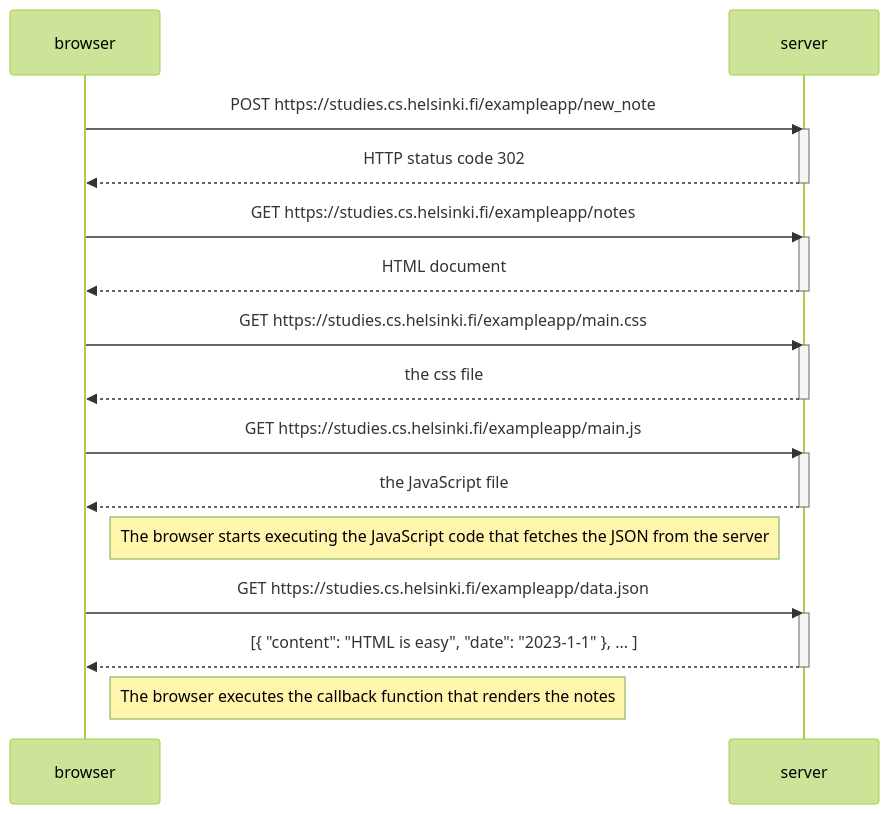
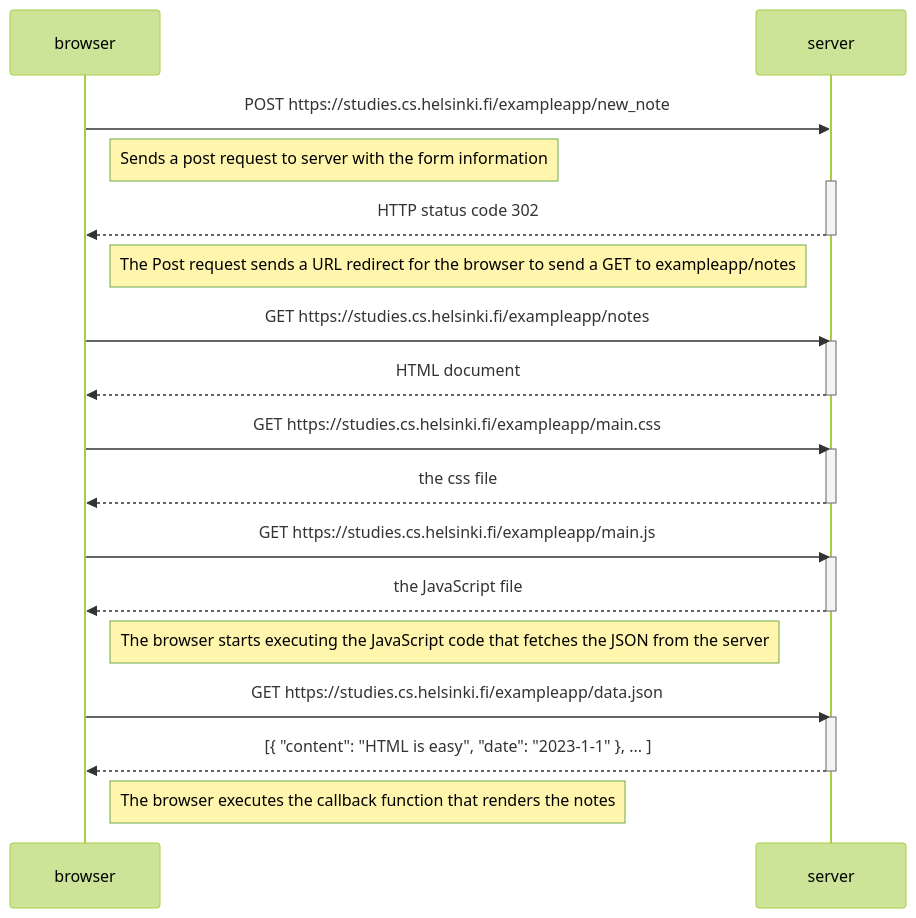
Before and after one commit to tarlor1/fso: the diagram in part0/04.md, drawn with Mermaid (forest theme).

````diff
--- a/part0/04.md
+++ b/part0/04.md
@@ -1,35 +1,38 @@
 ```mermaid
 sequenceDiagram
     participant browser
     participant server
 
     browser->>server: POST https://studies.cs.helsinki.fi/exampleapp/new_note
+    Note right of browser: Sends a post request to server with the form information
     activate server
     server-->>browser: HTTP status code 302
     deactivate server
+
+    Note left of server: The Post request sends a URL redirect for the browser to send a GET to exampleapp/notes
 
     browser->>server: GET https://studies.cs.helsinki.fi/exampleapp/notes
     activate server
     server-->>browser: HTML document
     deactivate server
 
 
     browser->>server: GET https://studies.cs.helsinki.fi/exampleapp/main.css
     activate server
     server-->>browser: the css file
     deactivate server
 
     browser->>server: GET https://studies.cs.helsinki.fi/exampleapp/main.js
     activate server
     server-->>browser: the JavaScript file
     deactivate server
 
     Note right of browser: The browser starts executing the JavaScript code that fetches the JSON from the server
 
     browser->>server: GET https://studies.cs.helsinki.fi/exampleapp/data.json
     activate server
     server-->>browser: [{ "content": "HTML is easy", "date": "2023-1-1" }, ... ]
     deactivate server
 
     Note right of browser: The browser executes the callback function that renders the notes
 ```
````
